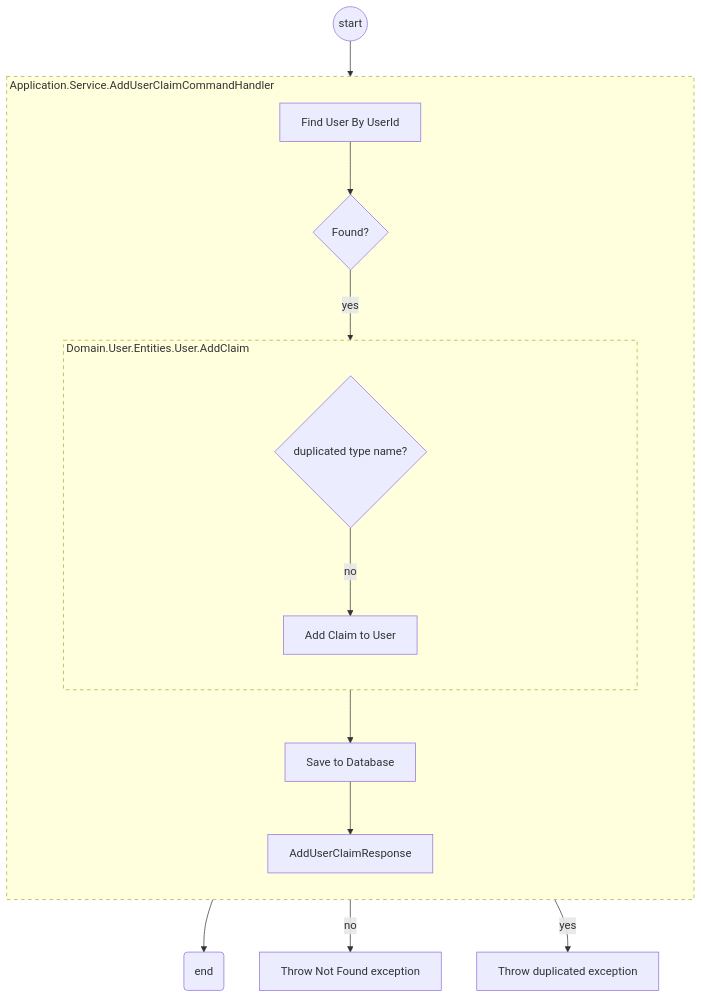
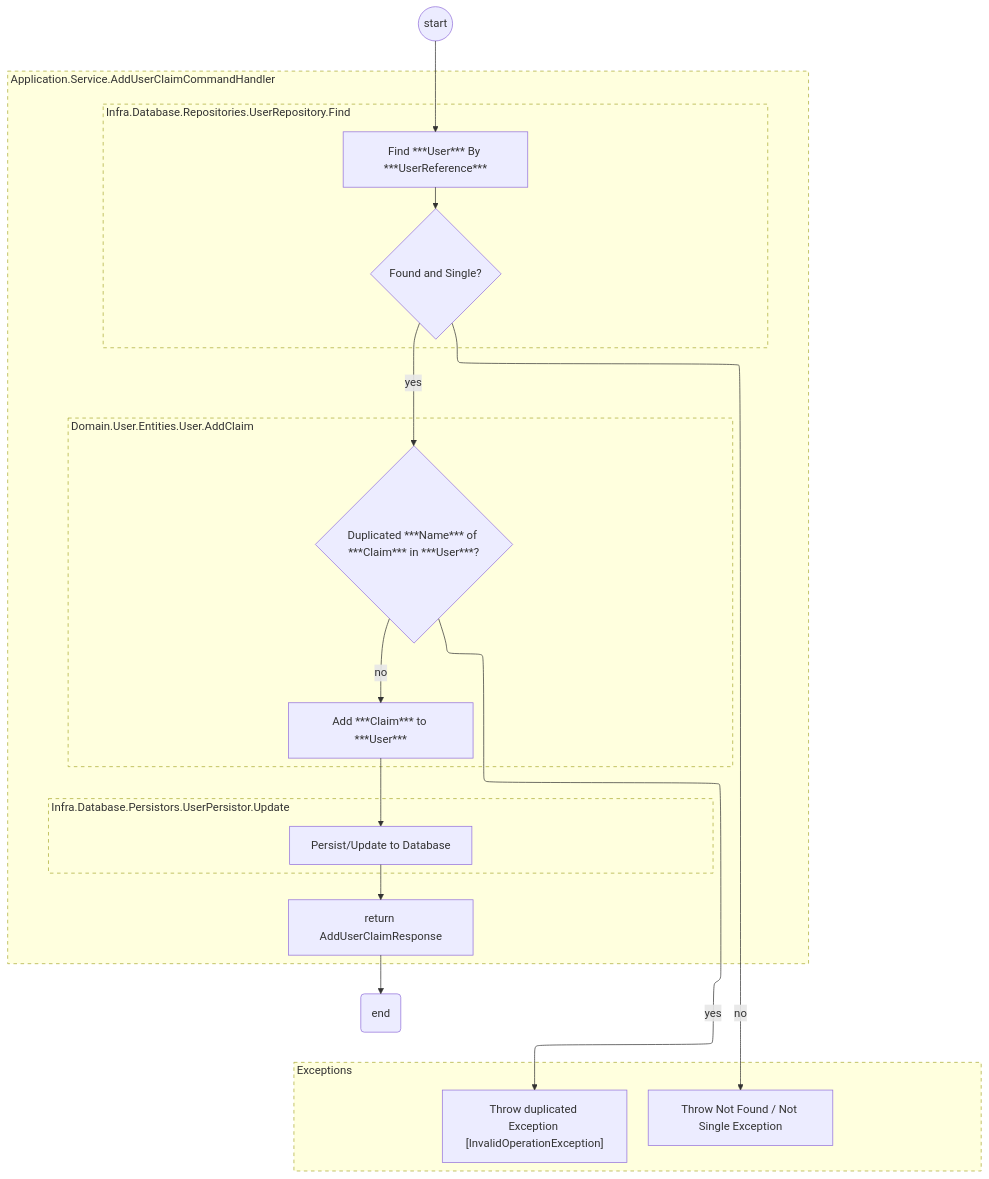
The first of 2 diagrams in UML/Application/Application.Service.AddUserClaimCommandHandler.md (sdlfly2000/AuthenticationServer), drawn with Mermaid before and after one commit. The commit also changed 3 other files, not shown here.

Commit message:
#28 reformat UML

````diff
--- a/UML/Application/Application.Service.AddUserClaimCommandHandler.md
+++ b/UML/Application/Application.Service.AddUserClaimCommandHandler.md
@@ -3,40 +3,61 @@
 ```mermaid
-flowchart TB
-    
+---
+config:
+    layout: elk
+---
+
+flowchart TB 
+
     start_overall((start))
 
-    subgraph mainprocess [<div style='display:flex; justify-content:flex-start; align-items:flex-start;width:60em'>Application.Service.AddUserClaimCommandHandler</div>]
-        direction TB
+    subgraph mainprocess[<div style='display:flex; justify-content:flex-start; align-items:flex-start;width:70em'>Application.Service.AddUserClaimCommandHandler</div>]
+        direction TB            
 
-        FindUser[Find User By UserId] -->
-        check1{Found?} 
-        
+        subgraph subprocess0 [<div style='display:flex; justify-content:flex-start; align-items:flex-start;width:58em'>Infra.Database.Repositories.UserRepository.Find</div>]
+            direction TB
+            
+            FindUser["Find ***User*** By ***UserReference***"] -->
+            check1{Found and Single?} 
+        end       
 
-        subgraph subprocess1 [<div style='display:flex; justify-content:flex-start; align-items:flex-start;width:50em'>Domain.User.Entities.User.AddClaim</div>]
+        subgraph subprocess1 [<div style='display:flex; justify-content:flex-start; align-items:flex-start;width:58em'>Domain.User.Entities.User.AddClaim</div>]
             direction TB
-            userFound{duplicated type name?}
+            userFound{"Duplicated ***Name*** of ***Claim*** in ***User***?"}
             userFound --"no"-->       
-            AddClaim["Add Claim to User"]    
+            AddClaim["Add ***Claim*** to ***User***"]    
         end
 
-        updateDatabase[Save to Database] -->
-        return[AddUserClaimResponse]
+        subgraph subprocess2 [<div style='display:flex; justify-content:flex-start; align-items:flex-start;width:58em'>Infra.Database.Persistors.UserPersistor.Update</div>]
+            direction TB
+            updateDatabase["Persist/Update to Database"]
+        end
+
+        return["return AddUserClaimResponse"]
     end
 
-    UserNotFound["Throw Not Found exception"]
-    DuplicatedClaim["Throw duplicated exception"] 
+    subgraph mainExceptions [<div style='display:flex; justify-content:flex-start; align-items:flex-start;width:60em'>Exceptions</div>]
+        direction TB
+        UserNotFound["Throw Not Found / Not Single Exception"]
+        DuplicatedClaim["Throw duplicated Exception [InvalidOperationException]"] 
+    end
+
     end_overall(end)    
 
     %%{Class Relationship}%%
     start_overall --> FindUser
     return --> end_overall
+    check1 --"yes"--> userFound
+    AddClaim --> updateDatabase
+    updateDatabase --> return
+
     check1 --"no"--> UserNotFound
-    check1 --"yes"--> userFound
     userFound --"yes"--> DuplicatedClaim
-    AddClaim --> updateDatabase
 
     %% Custom Styles
     style mainprocess stroke-dasharray: 5 5;
+    style mainExceptions stroke-dasharray: 5 5;
+    style subprocess0 stroke-dasharray: 5 5;
     style subprocess1 stroke-dasharray: 5 5;
+    style subprocess2 stroke-dasharray: 5 5;
 
 ```
````
